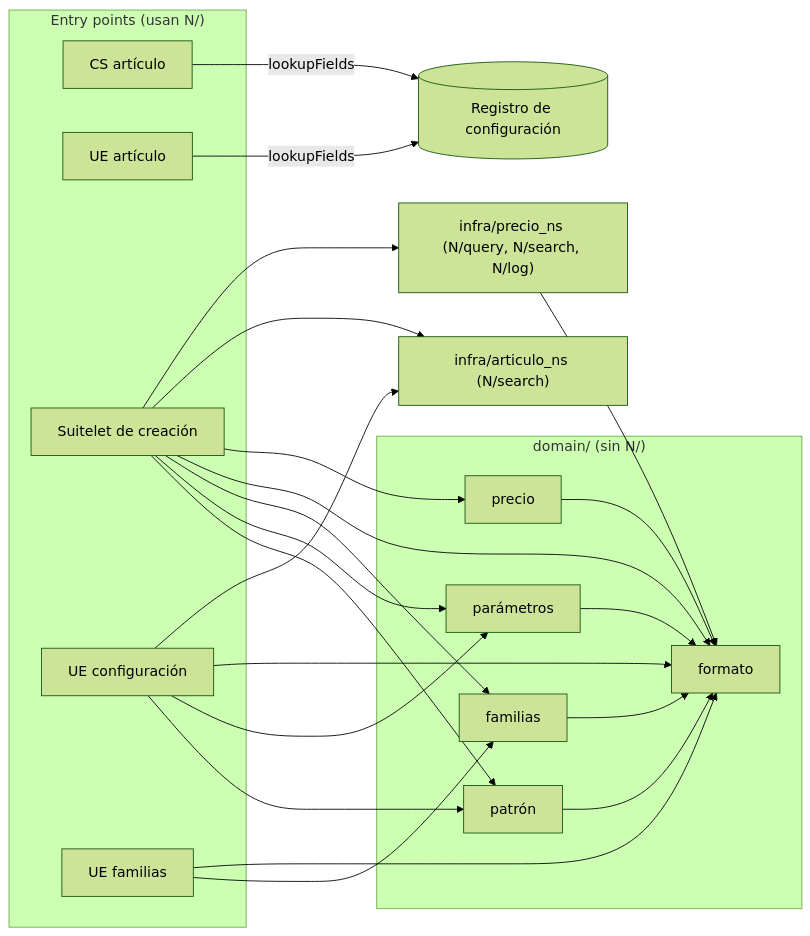
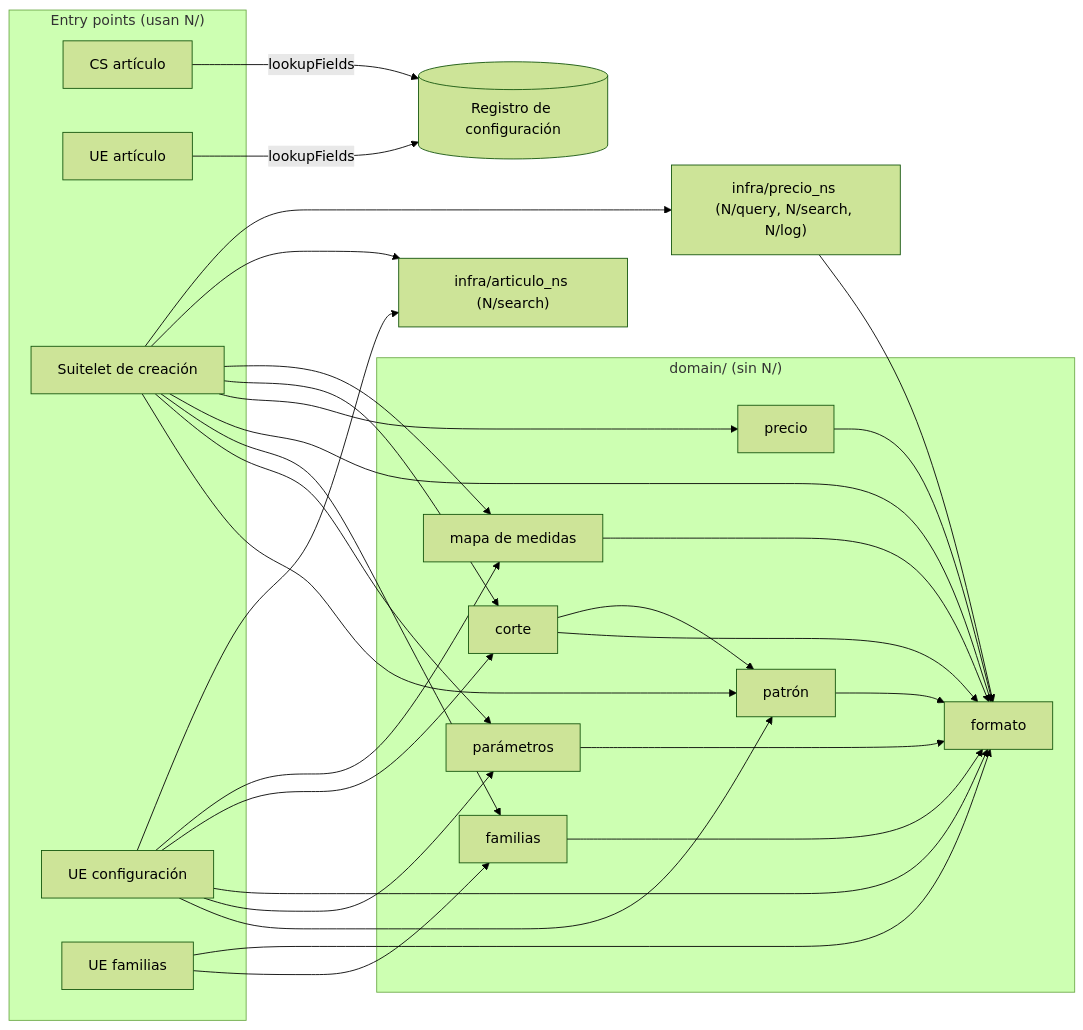
Before and after one commit to saulkgames/Naturaleza-de-Productos: the second of 2 diagrams in README.md, drawn with Mermaid (forest theme). The commit also changed other lines of this file and 1 other file, not shown here.

````diff
--- a/README.md
+++ b/README.md
@@ -104,28 +156,32 @@
 ```mermaid
 flowchart LR
   subgraph EP["Entry points (usan N/)"]
     CS["CS artículo"]
     UEA["UE artículo"]
     SL["Suitelet de creación"]
     UEC["UE configuración"]
     UEF["UE familias"]
   end
   subgraph DOM["domain/ (sin N/)"]
     PAT["patrón"]
     PAR["parámetros"]
     FAM["familias"]
     FMT["formato"]
     PRE["precio"]
+    COR["corte"]
+    MAP["mapa de medidas"]
   end
   ART["infra/articulo_ns (N/search)"]
   PNS["infra/precio_ns (N/query, N/search, N/log)"]
-  SL --> PAT & PAR & FAM & FMT & PRE & ART & PNS
-  UEC --> PAT & PAR & FMT & ART
+  SL --> PAT & PAR & FAM & FMT & PRE & COR & MAP & ART & PNS
+  UEC --> PAT & PAR & FMT & COR & MAP & ART
   UEF --> FAM & FMT
   PAT --> FMT
   PAR --> FMT
   FAM --> FMT
   PRE --> FMT
+  MAP --> FMT
+  COR --> FMT & PAT
   PNS --> FMT
   CS & UEA -->|lookupFields| CR[("Registro de configuración")]
 ```
````
